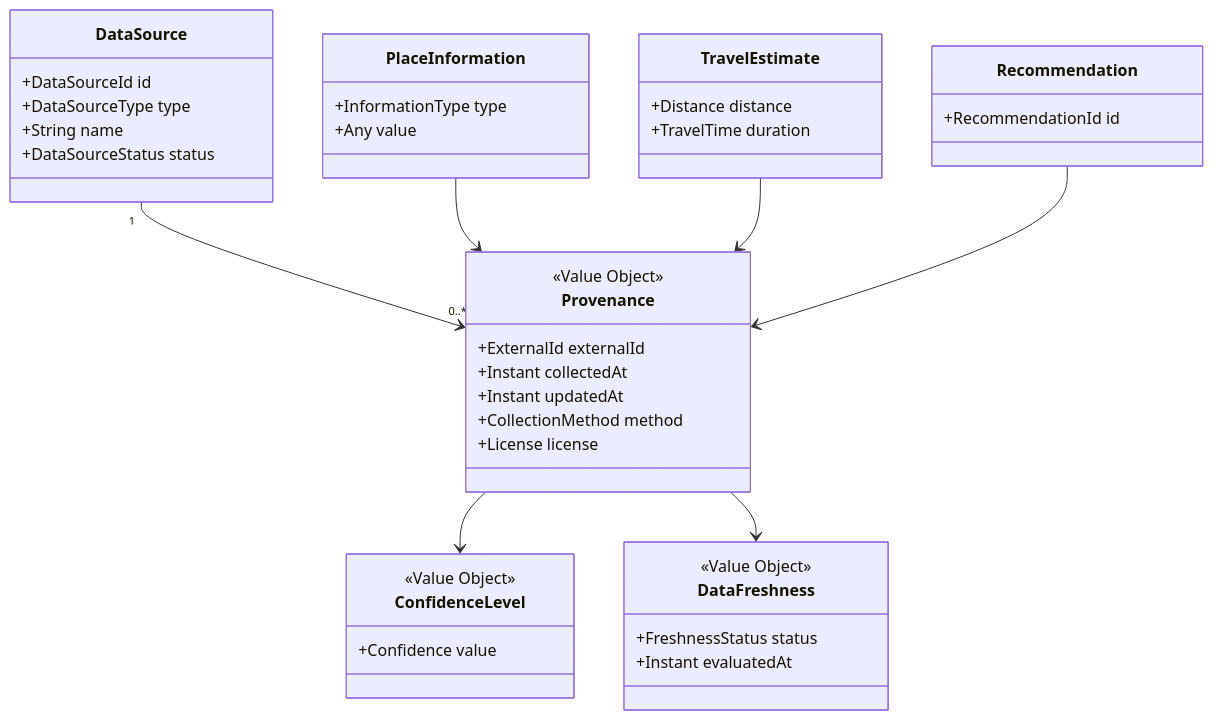
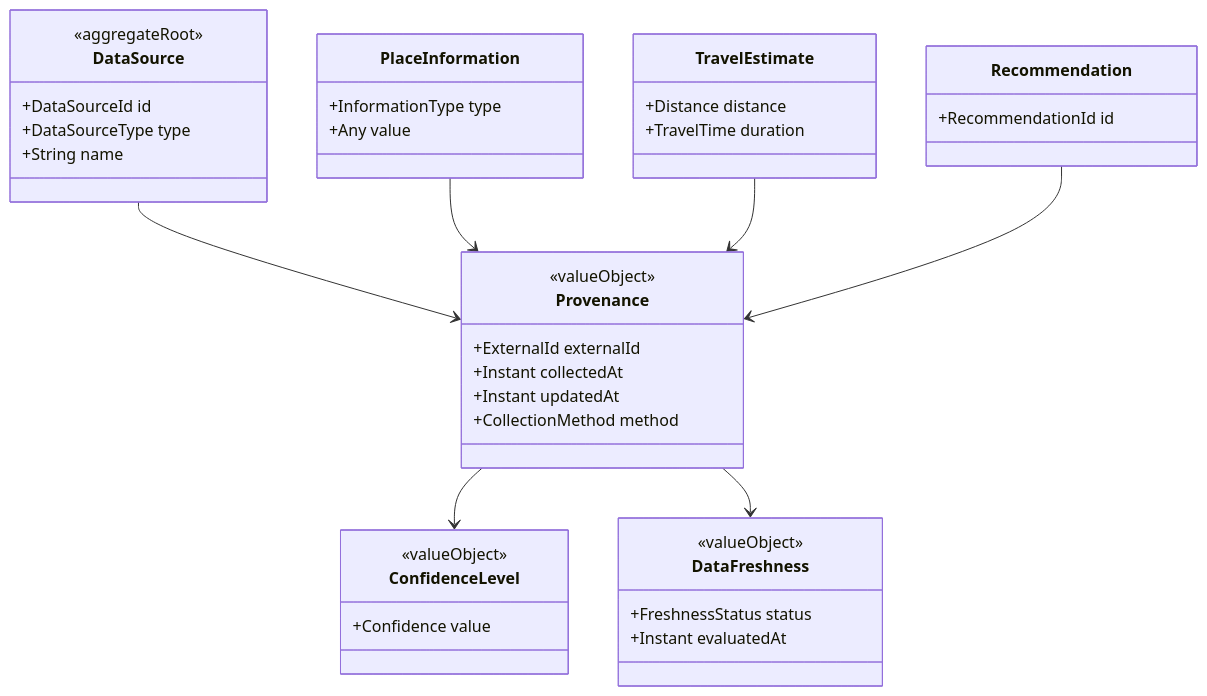
Before and after one commit to collapsy/Routebook: the tenth of 17 diagrams in docs/domain/domain-model.md, drawn with Mermaid. The commit also changed other lines of this file and 1 other file, not shown here.

````diff
--- a/docs/domain/domain-model.md
+++ b/docs/domain/domain-model.md
@@ -2042,51 +1661,50 @@
-```mermaid id="byiebl"
+```mermaid
 classDiagram
     class DataSource {
+        <<aggregateRoot>>
         +DataSourceId id
         +DataSourceType type
         +String name
-        +DataSourceStatus status
     }
 
     class Provenance {
-        <<Value Object>>
+        <<valueObject>>
         +ExternalId externalId
         +Instant collectedAt
         +Instant updatedAt
         +CollectionMethod method
-        +License license
     }
 
     class ConfidenceLevel {
-        <<Value Object>>
+        <<valueObject>>
         +Confidence value
     }
 
     class DataFreshness {
-        <<Value Object>>
+        <<valueObject>>
         +FreshnessStatus status
         +Instant evaluatedAt
     }
 
     class PlaceInformation {
         +InformationType type
         +Any value
     }
 
     class TravelEstimate {
         +Distance distance
         +TravelTime duration
     }
 
     class Recommendation {
         +RecommendationId id
     }
 
-    DataSource "1" --> "0..*" Provenance
+    DataSource --> Provenance
     Provenance --> ConfidenceLevel
     Provenance --> DataFreshness
 
     PlaceInformation --> Provenance
     TravelEstimate --> Provenance
     Recommendation --> Provenance
 ```
````
